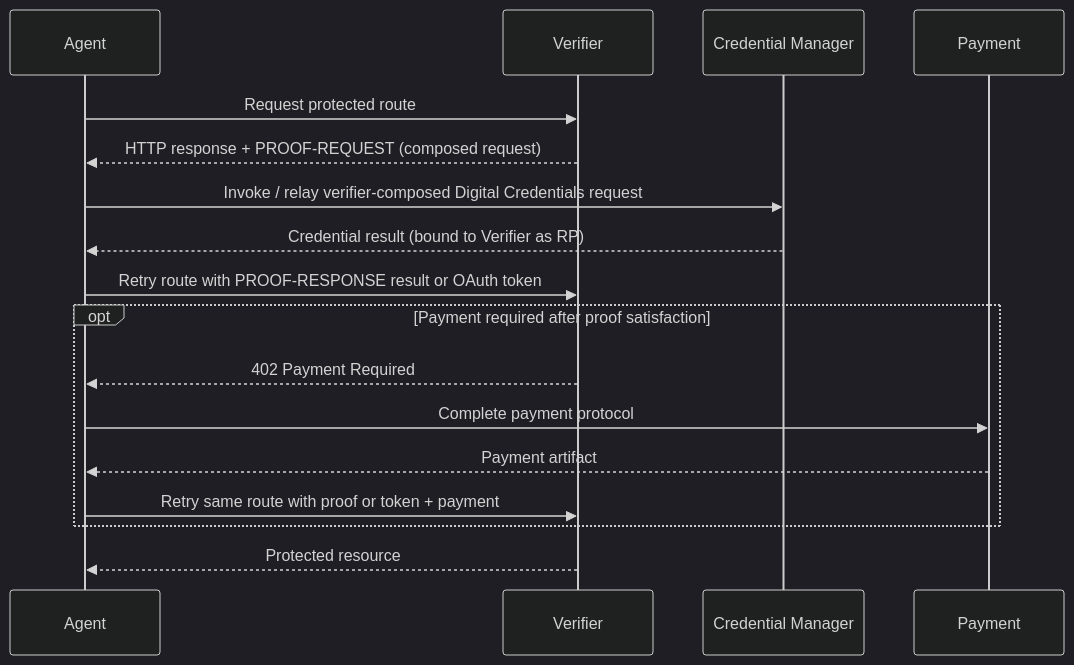
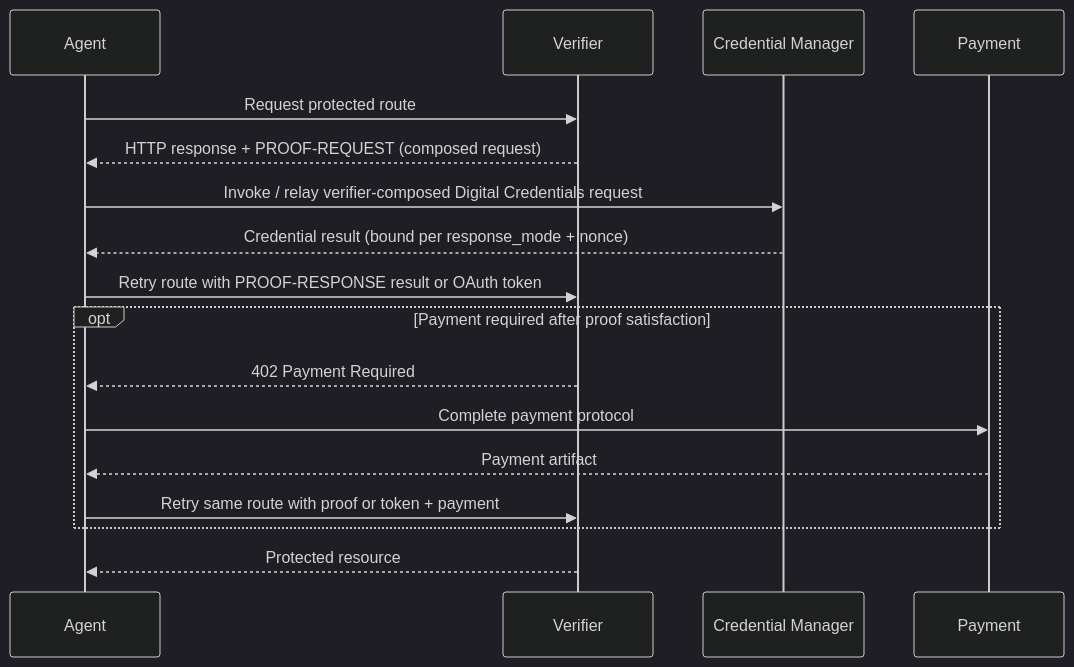
The first of 2 diagrams in spec.md (proof/x401), drawn with Mermaid (dark theme) before and after one commit. The commit also changed other lines of this file and 1 other file, not shown here.

First line of the commit message:
Describe result binding and encryption per OpenID4VP response_mode

````diff
--- a/spec.md
+++ b/spec.md
@@ -239,19 +239,19 @@
 ```mermaid
 sequenceDiagram
     participant Agent
     participant Verifier
     participant CM as Credential Manager
     participant Payment
     Agent->>Verifier: Request protected route
     Verifier-->>Agent: HTTP response + PROOF-REQUEST (composed request)
     Agent->>CM: Invoke / relay verifier-composed Digital Credentials request
-    CM-->>Agent: Credential result (bound to Verifier as RP)
+    CM-->>Agent: Credential result (bound per response_mode + nonce)
     Agent->>Verifier: Retry route with PROOF-RESPONSE result or OAuth token
     opt Payment required after proof satisfaction
         Verifier-->>Agent: 402 Payment Required
         Agent->>Payment: Complete payment protocol
         Payment-->>Agent: Payment artifact
         Agent->>Verifier: Retry same route with proof or token + payment
     end
     Verifier-->>Agent: Protected resource
 ```
````
